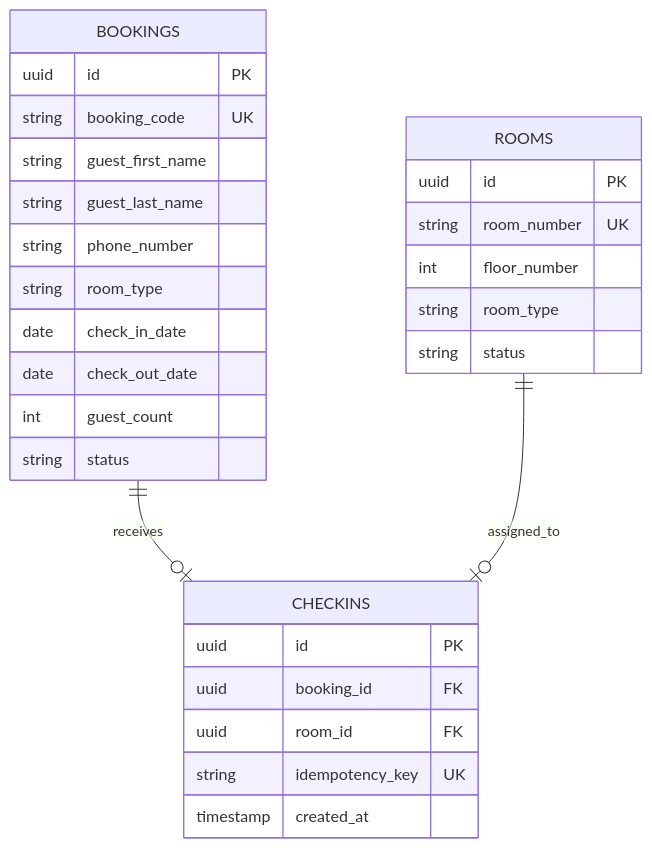
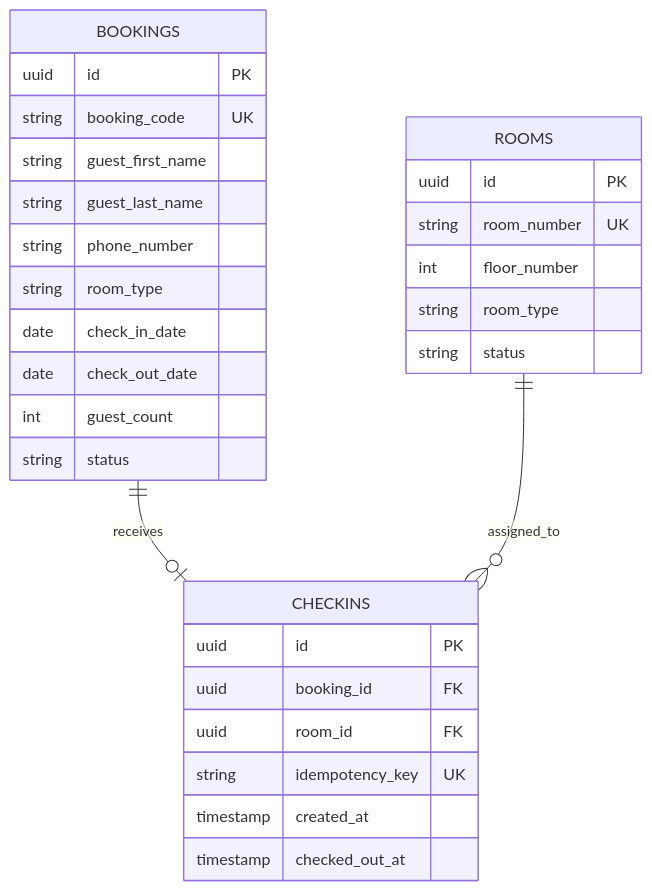
Before and after one commit to AivaN-Bash/Hotel_Checkin: the second of 2 diagrams in docs/architecture.md, drawn with Mermaid. The commit also changed other lines of this file and 12 other files, not shown here.

Commit message:
Improve kiosk checkout and booking flow

````diff
--- a/docs/architecture.md
+++ b/docs/architecture.md
@@ -17,31 +17,32 @@
 ```mermaid
 erDiagram
   BOOKINGS ||--o| CHECKINS : receives
-  ROOMS ||--o| CHECKINS : assigned_to
+  ROOMS ||--o{ CHECKINS : assigned_to
   BOOKINGS {
     uuid id PK
     string booking_code UK
     string guest_first_name
     string guest_last_name
     string phone_number
     string room_type
     date check_in_date
     date check_out_date
     int guest_count
     string status
   }
   ROOMS {
     uuid id PK
     string room_number UK
     int floor_number
     string room_type
     string status
   }
   CHECKINS {
     uuid id PK
     uuid booking_id FK
     uuid room_id FK
     string idempotency_key UK
     timestamp created_at
+    timestamp checked_out_at
   }
 ```
````
